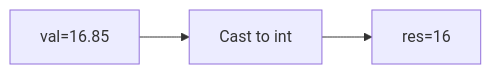
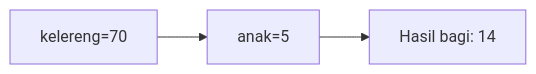
One commit to amnahwaida/OSNK_INF_PREP changed the fourth of 25 diagrams in part-c-pemahaman-cpp/01-tipe-data/latihan/set-08.md. Above: the diagram before and after it, drawn with Mermaid. The commit also changed other lines of this file and 71 other files, not shown here.

````diff
--- a/part-c-pemahaman-cpp/01-tipe-data/latihan/set-08.md
+++ b/part-c-pemahaman-cpp/01-tipe-data/latihan/set-08.md
@@ -75,5 +106,5 @@
 ```mermaid
 graph LR
-A["val=16.85"] --> B["Cast to int"]
-B --> C["res=16"]
+A["kelereng=70"] --> B["anak=5"]
+B --> C["Hasil bagi: 14"]
 ```
````
